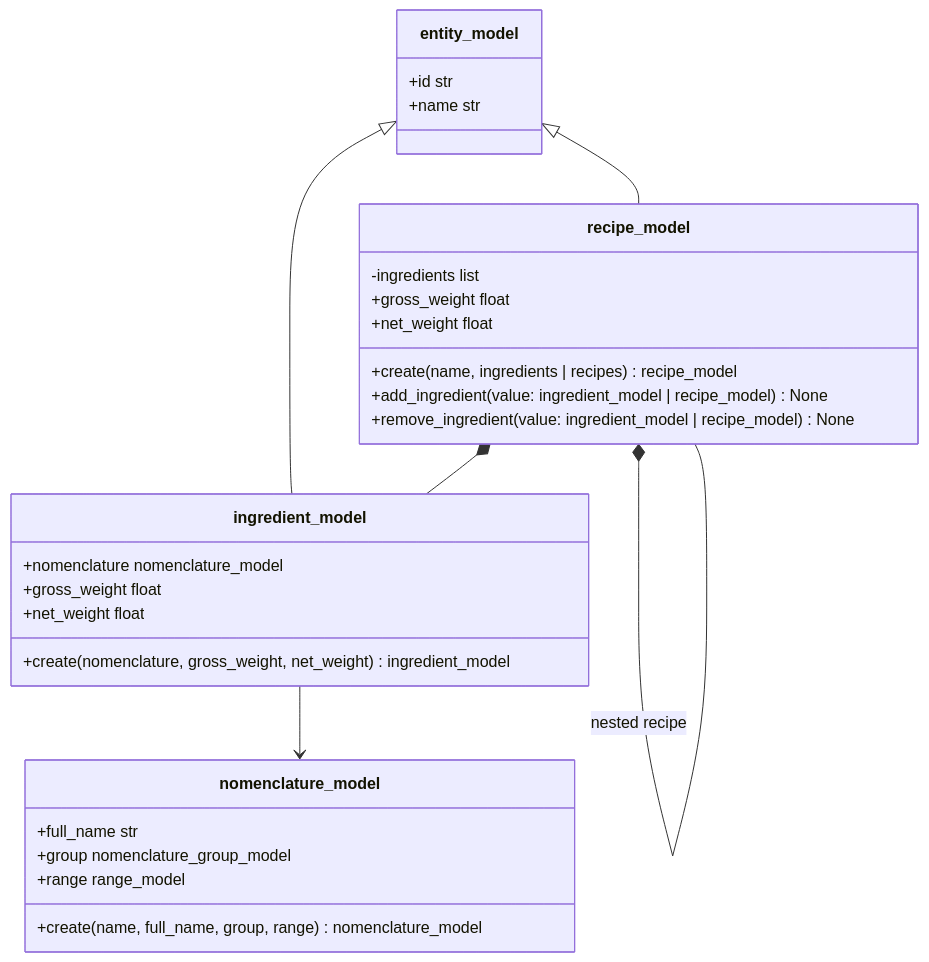
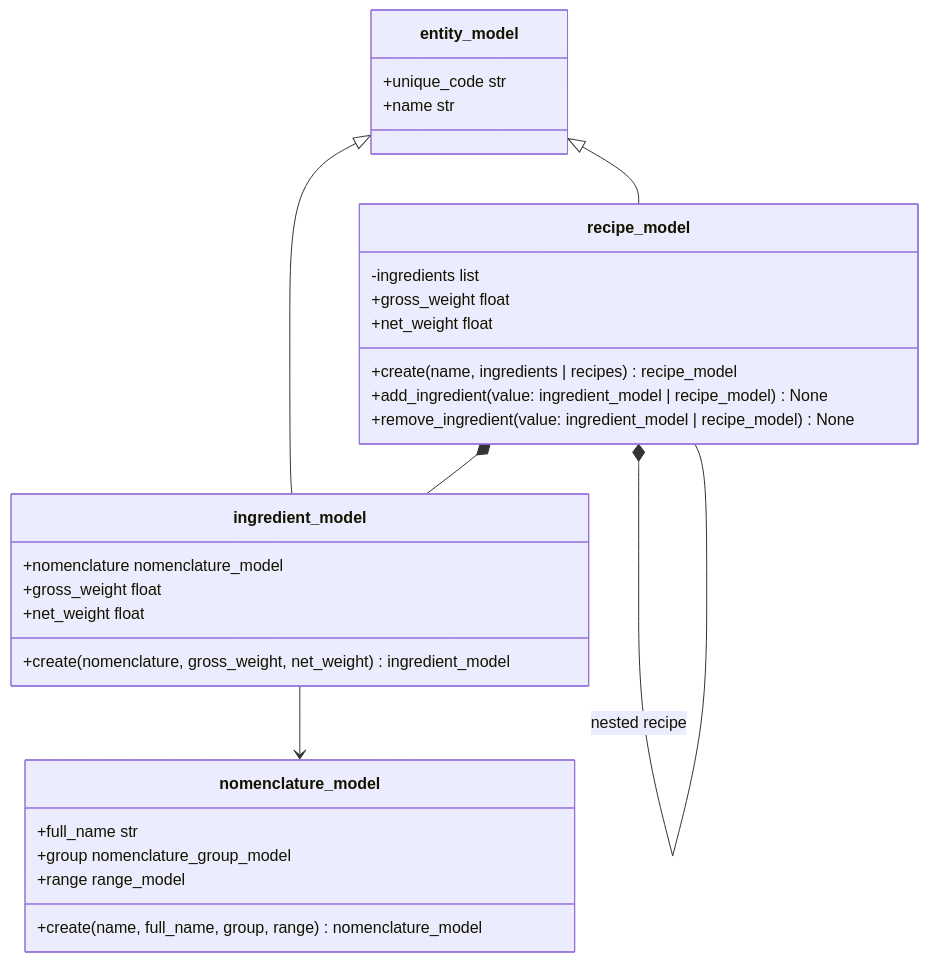
The diagram in Docs/RecipeUml.md (nervok1337/solovev_patterns), drawn with Mermaid before and after one commit. The commit also changed 12 other files, not shown here.

````diff
--- a/Docs/RecipeUml.md
+++ b/Docs/RecipeUml.md
@@ -3,36 +3,36 @@
 ```mermaid
 classDiagram
     class entity_model {
-        +id str
+        +unique_code str
         +name str
     }
 
     class nomenclature_model {
         +full_name str
         +group nomenclature_group_model
         +range range_model
         +create(name, full_name, group, range) nomenclature_model
     }
 
     class ingredient_model {
         +nomenclature nomenclature_model
         +gross_weight float
         +net_weight float
         +create(nomenclature, gross_weight, net_weight) ingredient_model
     }
 
     class recipe_model {
         -ingredients list
         +gross_weight float
         +net_weight float
         +create(name, ingredients | recipes) recipe_model
         +add_ingredient(value: ingredient_model | recipe_model) None
         +remove_ingredient(value: ingredient_model | recipe_model) None
     }
 
     entity_model <|-- ingredient_model
     entity_model <|-- recipe_model
     ingredient_model --> nomenclature_model
     recipe_model *-- ingredient_model
     recipe_model *-- recipe_model : nested recipe
 ```
````
